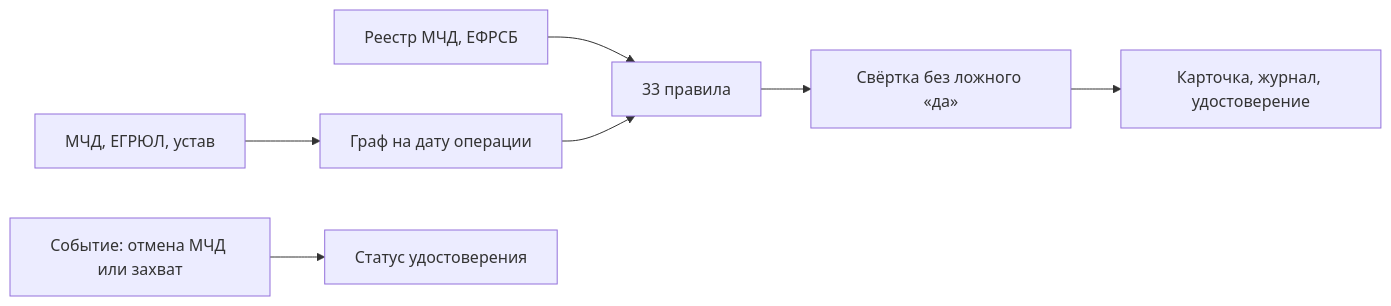
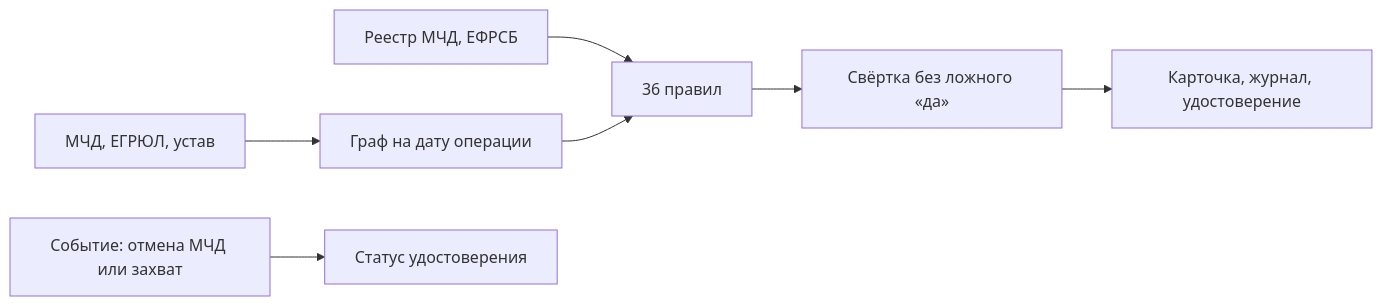
One commit to KonkovDV/Mandat changed the diagram in README.md. Above: the diagram before and after it, drawn with Mermaid. The commit also changed other lines of this file and 18 other files, not shown here.

````diff
--- a/README.md
+++ b/README.md
@@ -61,9 +73,9 @@
 ```mermaid
 flowchart LR
     A["МЧД, ЕГРЮЛ, устав"] --> B["Граф на дату операции"]
     R["Реестр МЧД, ЕФРСБ"] --> C
-    B --> C["33 правила"]
+    B --> C["36 правил"]
     C --> D["Свёртка без ложного «да»"]
     D --> E["Карточка, журнал, удостоверение"]
     F["Событие: отмена МЧД или захват"] --> G["Статус удостоверения"]
 ```
````
